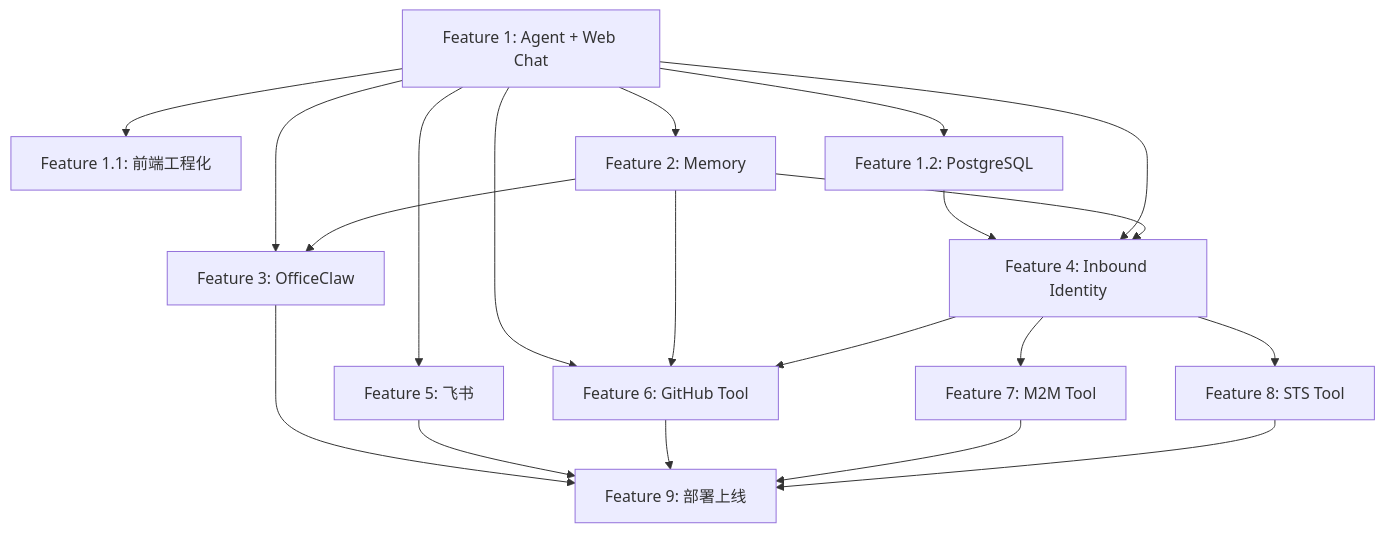
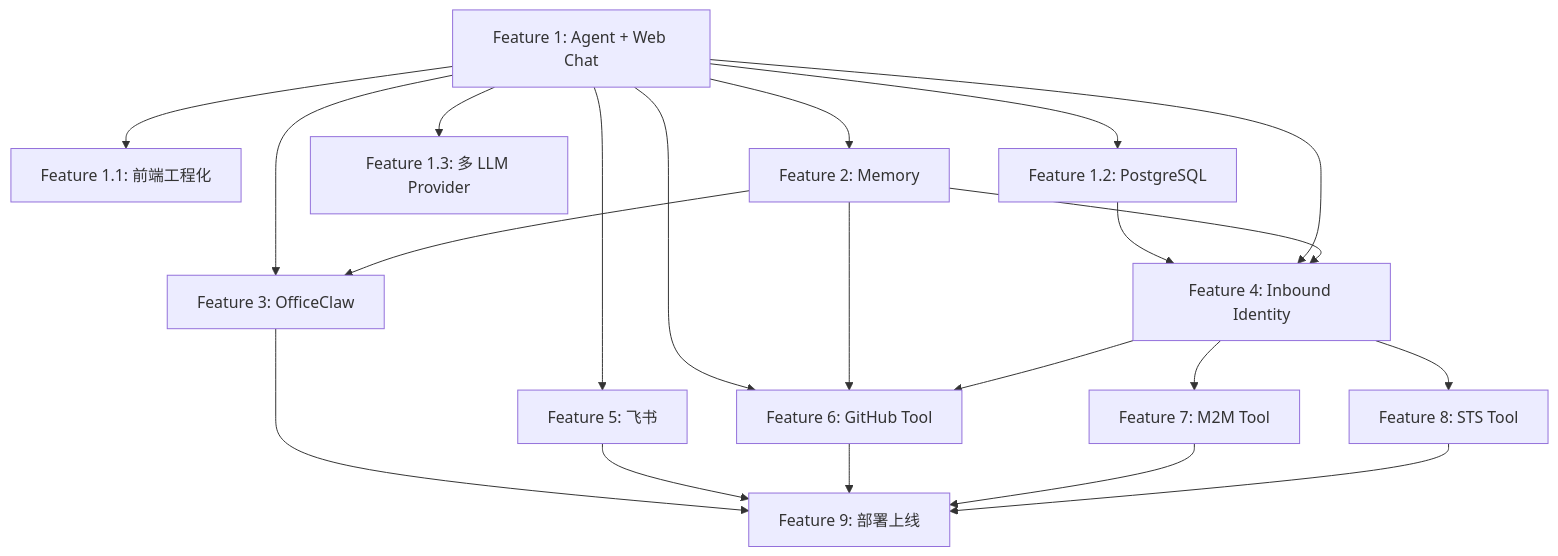
Before and after one commit to T-1009/personal-assistant: the first of 2 diagrams in personal-assistant-meta/issues/features/README.md, drawn with Mermaid. The commit also changed other lines of this file and 8 other files, not shown here.

````diff
--- a/personal-assistant-meta/issues/features/README.md
+++ b/personal-assistant-meta/issues/features/README.md
@@ -25,22 +26,23 @@
 ```mermaid
 flowchart TD
     F1["Feature 1: Agent + Web Chat"] --> F1_1["Feature 1.1: 前端工程化"]
     F1 --> F1_2["Feature 1.2: PostgreSQL"]
+    F1 --> F1_3["Feature 1.3: 多 LLM Provider"]
     F1_2 --> F4["Feature 4: Inbound Identity"]
     F1 --> F2["Feature 2: Memory"]
     F1 --> F3["Feature 3: OfficeClaw"]
     F2 --> F3
     F1 --> F4
     F2 --> F4
     F1 --> F5["Feature 5: 飞书"]
     F1 --> F6["Feature 6: GitHub Tool"]
     F2 --> F6
     F4 --> F6
     F4 --> F7["Feature 7: M2M Tool"]
     F4 --> F8["Feature 8: STS Tool"]
     F3 --> F9["Feature 9: 部署上线"]
     F5 --> F9
     F6 --> F9
     F7 --> F9
     F8 --> F9
 ```
````
